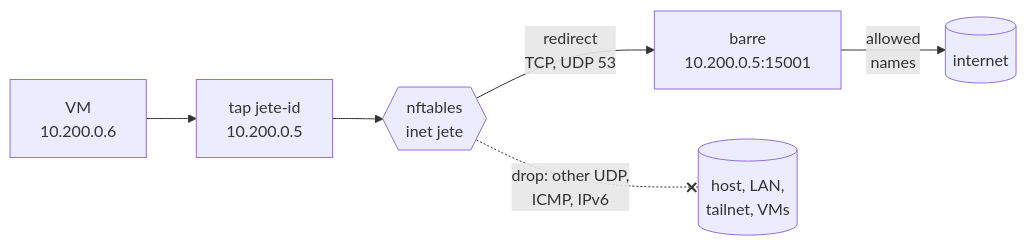
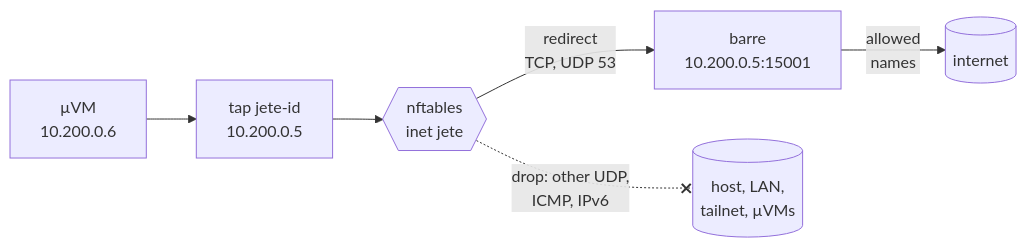
One commit to carloswestman/machinesdancing changed the third of 4 diagrams in docs/talks/2026-11-machinesdancing/slides.md. Above: the diagram before and after it, drawn with Mermaid. The commit also changed other lines of this file, not shown here.

First line of the commit message:
talk: name every component in the big picture, and call VMs µVMs

````diff
--- a/docs/talks/2026-11-machinesdancing/slides.md
+++ b/docs/talks/2026-11-machinesdancing/slides.md
@@ -388,7 +394,7 @@
 ```mermaid {scale: 0.68}
 flowchart LR
-  app["VM<br/>10.200.0.6"] --> tap["tap jete-id<br/>10.200.0.5"] --> nft{{"nftables<br/>inet jete"}}
+  app["µVM<br/>10.200.0.6"] --> tap["tap jete-id<br/>10.200.0.5"] --> nft{{"nftables<br/>inet jete"}}
   nft -- "redirect<br/>TCP, UDP 53" --> barre["barre<br/>10.200.0.5:15001"]
   barre -- "allowed<br/>names" --> inet[(internet)]
-  nft -. "drop: other UDP,<br/>ICMP, IPv6" .-x other[("host, LAN,<br/>tailnet, VMs")]
+  nft -. "drop: other UDP,<br/>ICMP, IPv6" .-x other[("host, LAN,<br/>tailnet, µVMs")]
 ```
````
